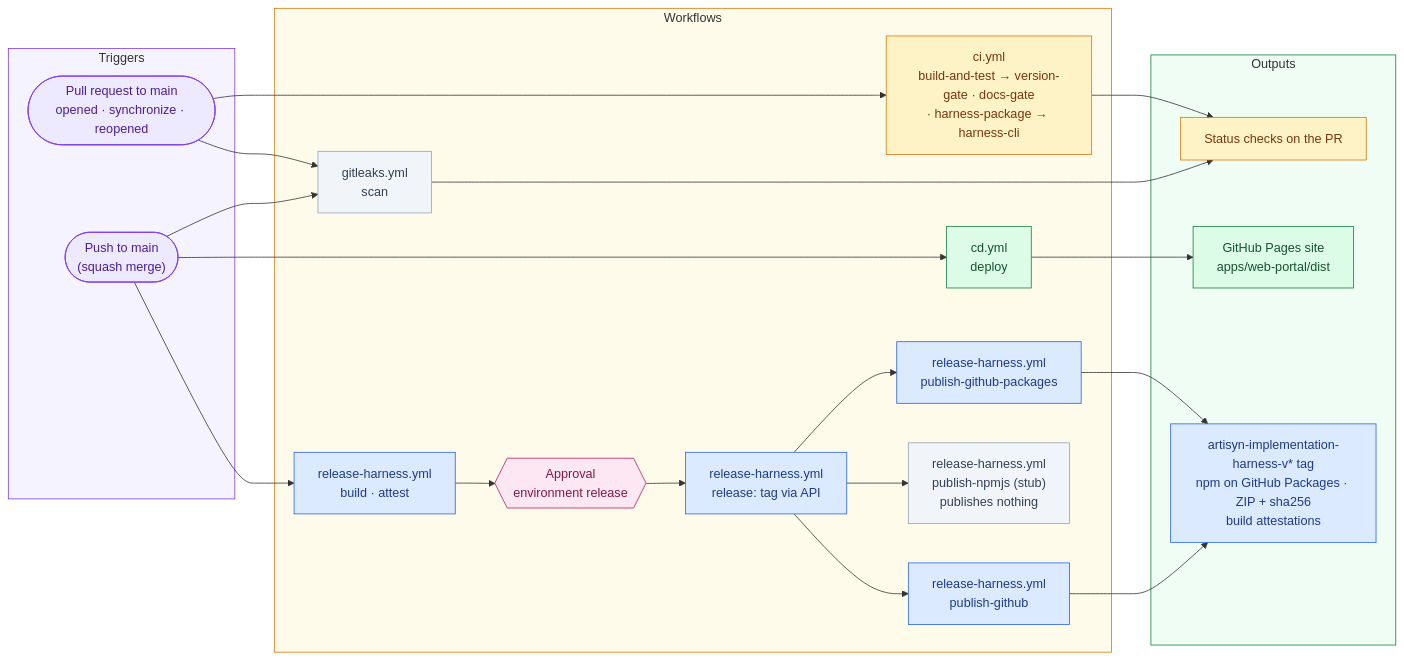
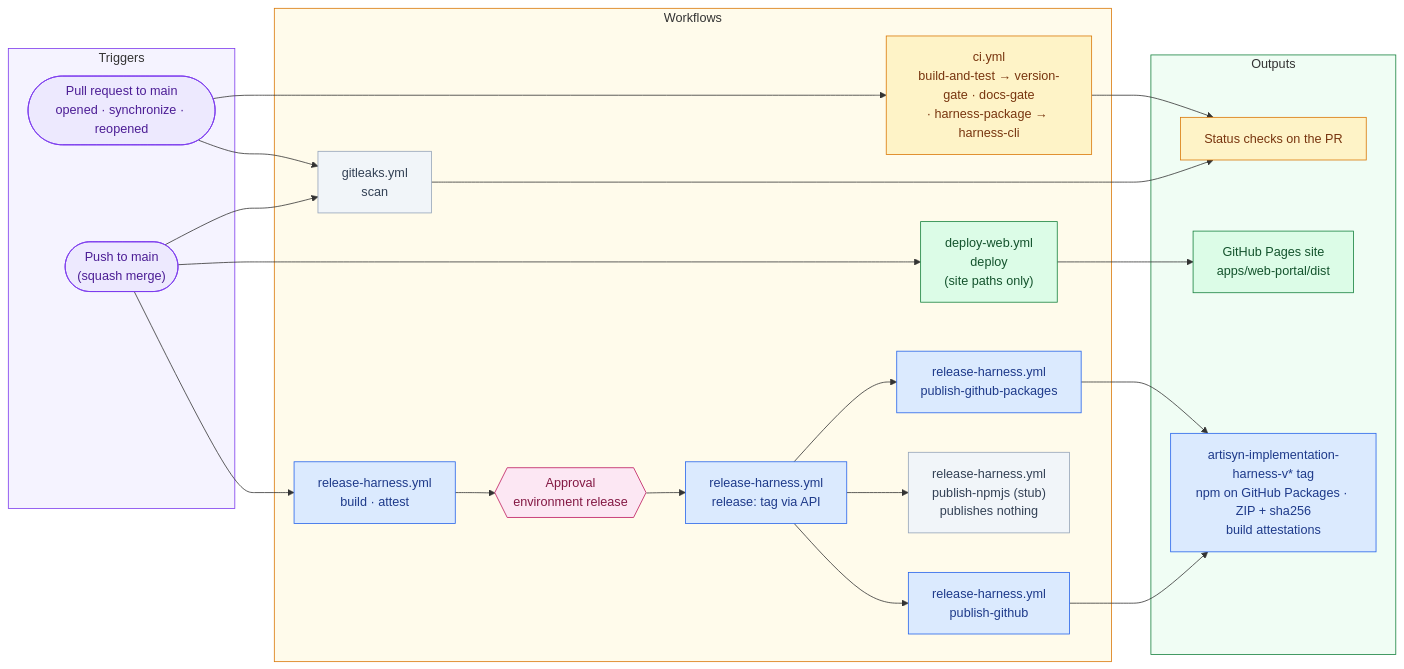
One commit to DataArt/artisyn-implementation-harness changed the first of 2 diagrams in docs/Engineering Guide/09 CI-CD.md. Above: the diagram before and after it, drawn with Mermaid. The commit also changed other lines of this file and 10 other files, not shown here.

Commit message:
docs(ci): describe the Deploy web workflow, its site paths filter and whole-push affected build

````diff
--- a/docs/Engineering Guide/09 CI-CD.md
+++ b/docs/Engineering Guide/09 CI-CD.md
@@ -25,44 +26,44 @@
 ```mermaid
 flowchart LR
     subgraph TRIG ["  Triggers  "]
         PR(["Pull request to main\nopened · synchronize · reopened"]):::trigger
         PUSH(["Push to main\n(squash merge)"]):::trigger
     end
 
     subgraph WF ["  Workflows  "]
         CI["ci.yml\nbuild-and-test → version-gate · docs-gate\n· harness-package → harness-cli"]:::gate
         GL["gitleaks.yml\nscan"]:::advisory
-        CD["cd.yml\ndeploy"]:::deploy
+        CD["deploy-web.yml\ndeploy\n(site paths only)"]:::deploy
         RHB["release-harness.yml\nbuild · attest"]:::release
         APP{{"Approval\nenvironment release"}}:::approval
         RHR["release-harness.yml\nrelease: tag via API"]:::release
         RHN["release-harness.yml\npublish-github-packages"]:::release
         RHG["release-harness.yml\npublish-github"]:::release
         RHS["release-harness.yml\npublish-npmjs (stub)\npublishes nothing"]:::advisory
     end
 
     subgraph OUT ["  Outputs  "]
         CHK["Status checks on the PR"]:::gate
         PAGES["GitHub Pages site\napps/web-portal/dist"]:::deploy
         HTAG["artisyn-implementation-harness-v* tag\nnpm on GitHub Packages · ZIP + sha256\nbuild attestations"]:::release
     end
 
     PR --> CI --> CHK
     PR --> GL --> CHK
     PUSH --> GL
     PUSH --> CD --> PAGES
     PUSH --> RHB --> APP --> RHR
     RHR --> RHN --> HTAG
     RHR --> RHG --> HTAG
     RHR --> RHS
 
     classDef trigger fill:#EDE9FE,stroke:#7C3AED,color:#4c1d95
     classDef approval fill:#FCE7F3,stroke:#BE185D,color:#831843
     classDef gate fill:#FEF3C7,stroke:#D97706,color:#78350f
     classDef advisory fill:#F1F5F9,stroke:#94A3B8,color:#334155
     classDef deploy fill:#DCFCE7,stroke:#15803D,color:#14532D
     classDef release fill:#DBEAFE,stroke:#2563EB,color:#1e3a8a
     style TRIG fill:#F5F3FF,stroke:#7C3AED
     style WF fill:#FFFBEB,stroke:#D97706
     style OUT fill:#F0FDF4,stroke:#15803D
 ```
````
